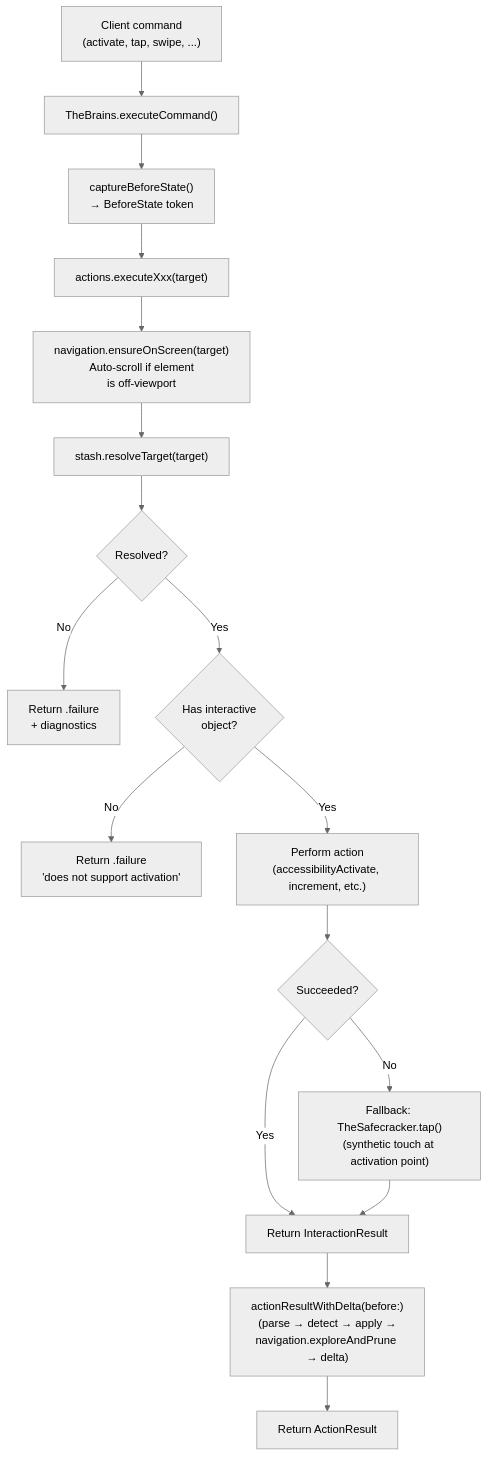
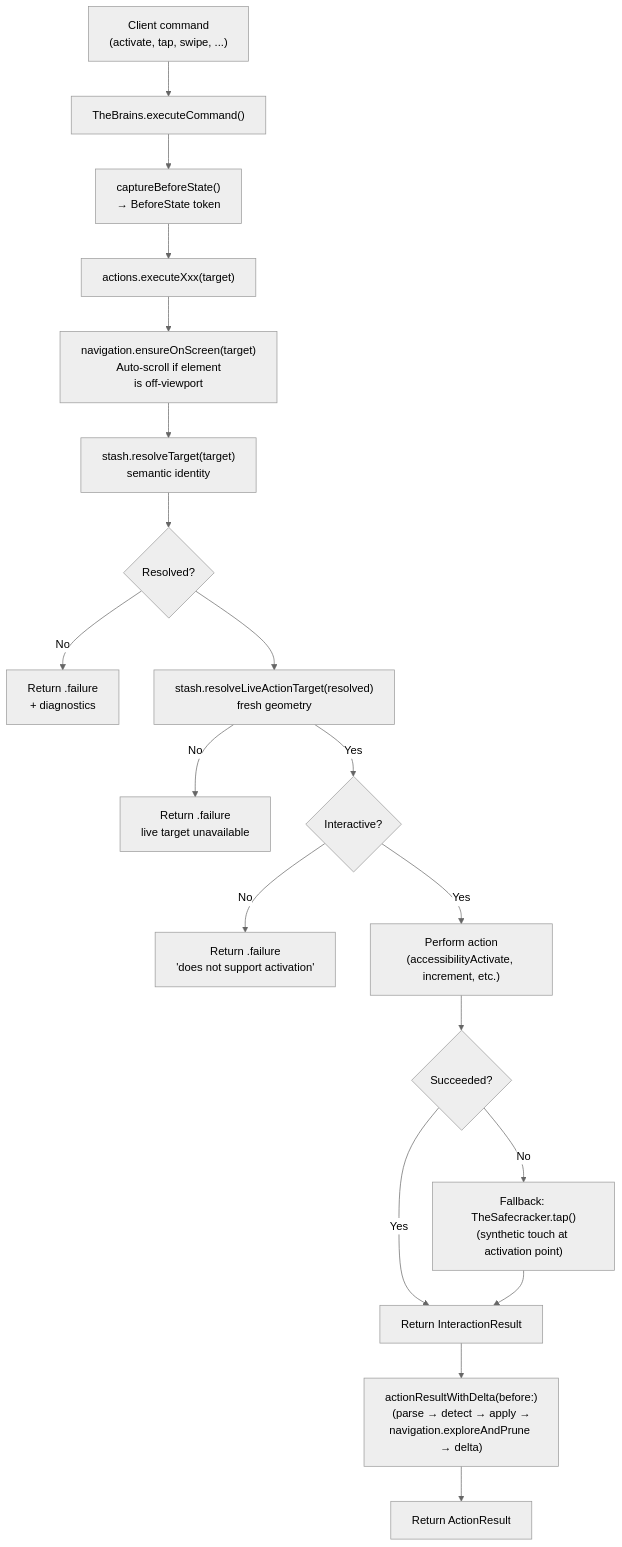
Before and after one commit to RoyalPineapple/TheButtonHeist: the second of 3 diagrams in docs/dossiers/13-THEBRAINS.md, drawn with Mermaid (neutral theme). The commit also changed 50 other files, not shown here.

````diff
--- a/docs/dossiers/13-THEBRAINS.md
+++ b/docs/dossiers/13-THEBRAINS.md
@@ -73,21 +73,23 @@
 ```mermaid
 flowchart TD
     CMD["Client command<br/>(activate, tap, swipe, ...)"] --> DISP["TheBrains.executeCommand()"]
     DISP --> SNAP["captureBeforeState()<br/>→ BeforeState token"]
     SNAP --> EXEC["actions.executeXxx(target)"]
 
     EXEC --> ENS["navigation.ensureOnScreen(target)<br/>Auto-scroll if element<br/>is off-viewport"]
-    ENS --> RES["stash.resolveTarget(target)"]
+    ENS --> RES["stash.resolveTarget(target)<br/>semantic identity"]
     RES --> CHK{Resolved?}
     CHK -->|No| ERR["Return .failure<br/>+ diagnostics"]
-    CHK -->|Yes| INT{Has interactive<br/>object?}
-    INT -->|No| ERR2["Return .failure<br/>'does not support activation'"]
+    CHK --> LIVE["stash.resolveLiveActionTarget(resolved)<br/>fresh geometry"]
+    LIVE -->|No| ERR2["Return .failure<br/>live target unavailable"]
+    LIVE -->|Yes| INT{Interactive?}
+    INT -->|No| ERR3["Return .failure<br/>'does not support activation'"]
     INT -->|Yes| ACT["Perform action<br/>(accessibilityActivate, increment, etc.)"]
     ACT --> OK{Succeeded?}
     OK -->|Yes| RET["Return InteractionResult"]
     OK -->|No| FALL["Fallback: TheSafecracker.tap()<br/>(synthetic touch at activation point)"]
     FALL --> RET
 
     RET --> DELTA["actionResultWithDelta(before:)<br/>(parse → detect → apply →<br/>navigation.exploreAndPrune → delta)"]
     DELTA --> SEND["Return ActionResult"]
 ```
````
